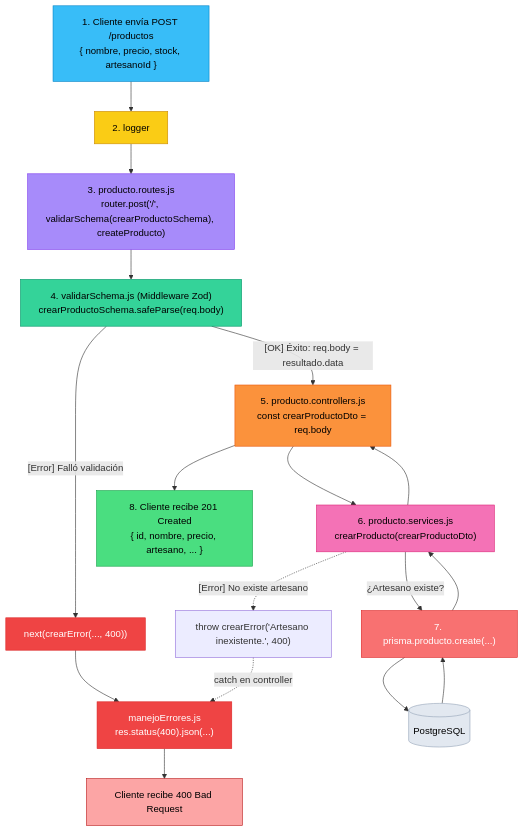
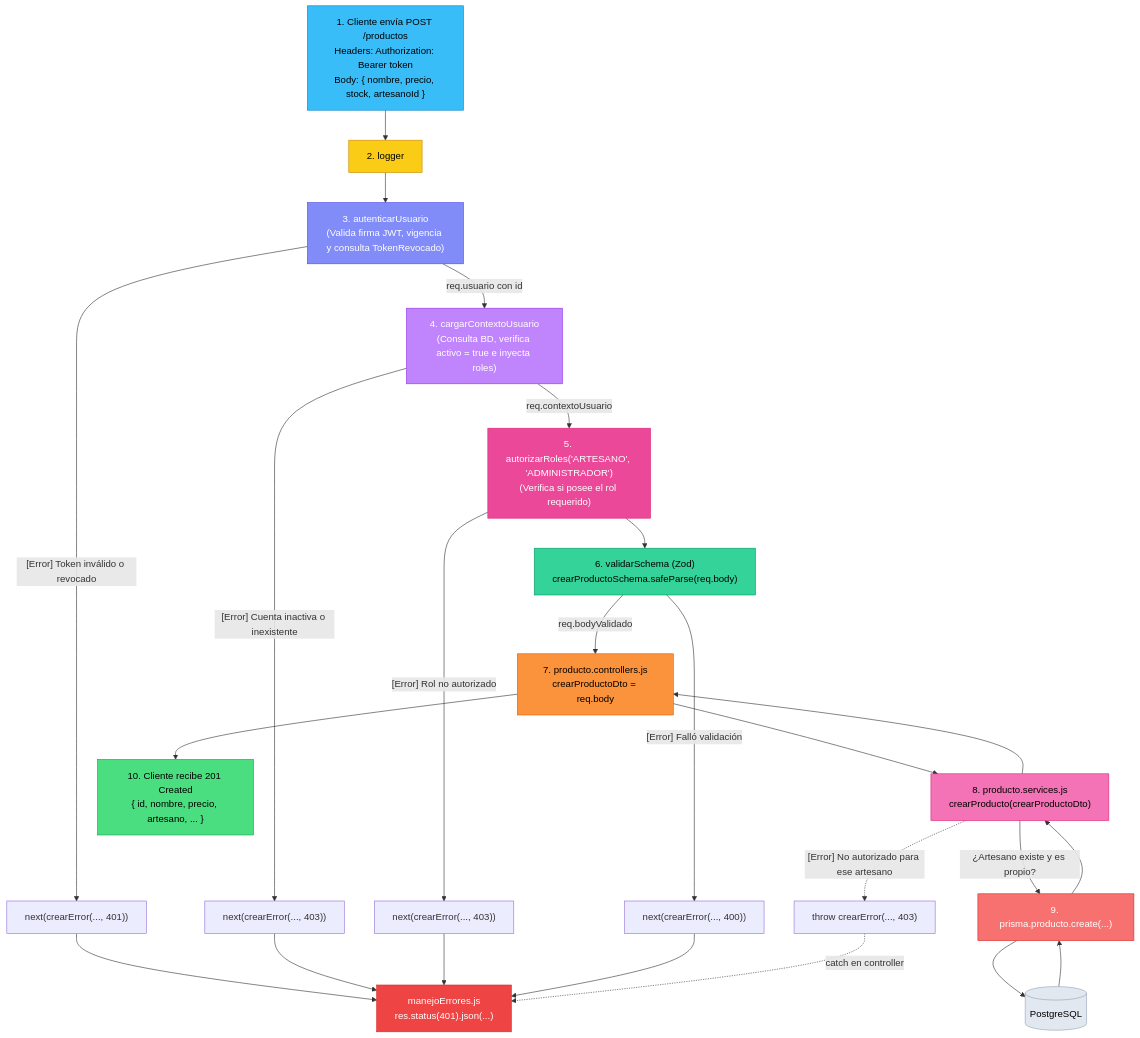
Before and after one commit to LeandroSoria24/Trabajo-de-Laboratorio-BACKEND-2026: the second of 8 diagrams in documentacionPropia/flujoprograma.md, drawn with Mermaid. The commit also changed other lines of this file and 6 other files, not shown here.

````diff
--- a/documentacionPropia/flujoprograma.md
+++ b/documentacionPropia/flujoprograma.md
@@ -97,38 +100,46 @@
 ```mermaid
 flowchart TD
-    CLI["1. Cliente envía POST /productos\n{ nombre, precio, stock, artesanoId }"] --> LOG["2. logger"]
-    LOG --> ROUTE["3. producto.routes.js\nrouter.post('/', validarSchema(crearProductoSchema), createProducto)"]
+    CLI["1. Cliente envía POST /productos<br>Headers: Authorization: Bearer token<br>Body: { nombre, precio, stock, artesanoId }"] --> LOG["2. logger"]
+    LOG --> AUTH["3. autenticarUsuario<br>(Valida firma JWT, vigencia y consulta TokenRevocado)"]
     
-    ROUTE --> MW["4. validarSchema.js (Middleware Zod)\ncrearProductoSchema.safeParse(req.body)"]
+    AUTH -->|"[Error] Token inválido o revocado"| ERR_AUTH["next(crearError(..., 401))"]
+    ERR_AUTH --> HANDLER["manejoErrores.js<br>res.status(401).json(...)"]
     
-    MW -->|"[Error] Falló validación"| ERR["next(crearError(..., 400))"]
-    ERR --> HANDLER["manejoErrores.js\nres.status(400).json(...)"]
-    HANDLER --> RES_ERR["Cliente recibe 400 Bad Request"]
+    AUTH -->|req.usuario con id| CTX["4. cargarContextoUsuario<br>(Consulta BD, verifica activo = true e inyecta roles)"]
+    CTX -->|"[Error] Cuenta inactiva o inexistente"| ERR_CTX["next(crearError(..., 403))"]
+    ERR_CTX --> HANDLER
     
-    MW -->|"[OK] Éxito: req.body = resultado.data"| CTRL["5. producto.controllers.js\nconst crearProductoDto = req.body"]
+    CTX -->|req.contextoUsuario| RBAC["5. autorizarRoles('ARTESANO', 'ADMINISTRADOR')<br>(Verifica si posee el rol requerido)"]
+    RBAC -->|"[Error] Rol no autorizado"| ERR_RBAC["next(crearError(..., 403))"]
+    ERR_RBAC --> HANDLER
     
-    CTRL --> SERV["6. producto.services.js\ncrearProducto(crearProductoDto)"]
+    RBAC --> ZOD["6. validarSchema (Zod)<br>crearProductoSchema.safeParse(req.body)"]
+    ZOD -->|"[Error] Falló validación"| ERR_ZOD["next(crearError(..., 400))"]
+    ERR_ZOD --> HANDLER
     
-    SERV -->|"¿Artesano existe?"| PRISMA["7. prisma.producto.create(...)"]
-    SERV -.->|"[Error] No existe artesano"| THROW["throw crearError('Artesano inexistente.', 400)"]
+    ZOD -->|req.bodyValidado| CTRL["7. producto.controllers.js<br>crearProductoDto = req.body"]
+    CTRL --> SERV["8. producto.services.js<br>crearProducto(crearProductoDto)"]
+    
+    SERV -->|"¿Artesano existe y es propio?"| PRISMA["9. prisma.producto.create(...)"]
+    SERV -.->|"[Error] No autorizado para ese artesano"| THROW["throw crearError(..., 403)"]
     THROW -.->|"catch en controller"| HANDLER
     
     PRISMA --> DB[("PostgreSQL")]
     DB --> PRISMA
     PRISMA --> SERV
     SERV --> CTRL
-    CTRL --> RES_OK["8. Cliente recibe 201 Created\n{ id, nombre, precio, artesano, ... }"]
+    CTRL --> RES_OK["10. Cliente recibe 201 Created<br>{ id, nombre, precio, artesano, ... }"]
 
     style CLI fill:#38bdf8,stroke:#0284c7,color:#000
     style LOG fill:#facc15,stroke:#ca8a04,color:#000
-    style ROUTE fill:#a78bfa,stroke:#7c3aed,color:#000
-    style MW fill:#34d399,stroke:#059669,color:#000
+    style AUTH fill:#818cf8,stroke:#4f46e5,color:#fff
+    style CTX fill:#c084fc,stroke:#9333ea,color:#fff
+    style RBAC fill:#ec4899,stroke:#db2777,color:#fff
+    style ZOD fill:#34d399,stroke:#059669,color:#000
     style CTRL fill:#fb923c,stroke:#ea580c,color:#000
     style SERV fill:#f472b6,stroke:#db2777,color:#000
     style PRISMA fill:#f87171,stroke:#dc2626,color:#fff
     style DB fill:#e2e8f0,stroke:#94a3b8,color:#000
-    style ERR fill:#ef4444,stroke:#dc2626,color:#fff
     style HANDLER fill:#ef4444,stroke:#dc2626,color:#fff
-    style RES_ERR fill:#fca5a5,stroke:#b91c1c,color:#000
     style RES_OK fill:#4ade80,stroke:#16a34a,color:#000
 ```
````
